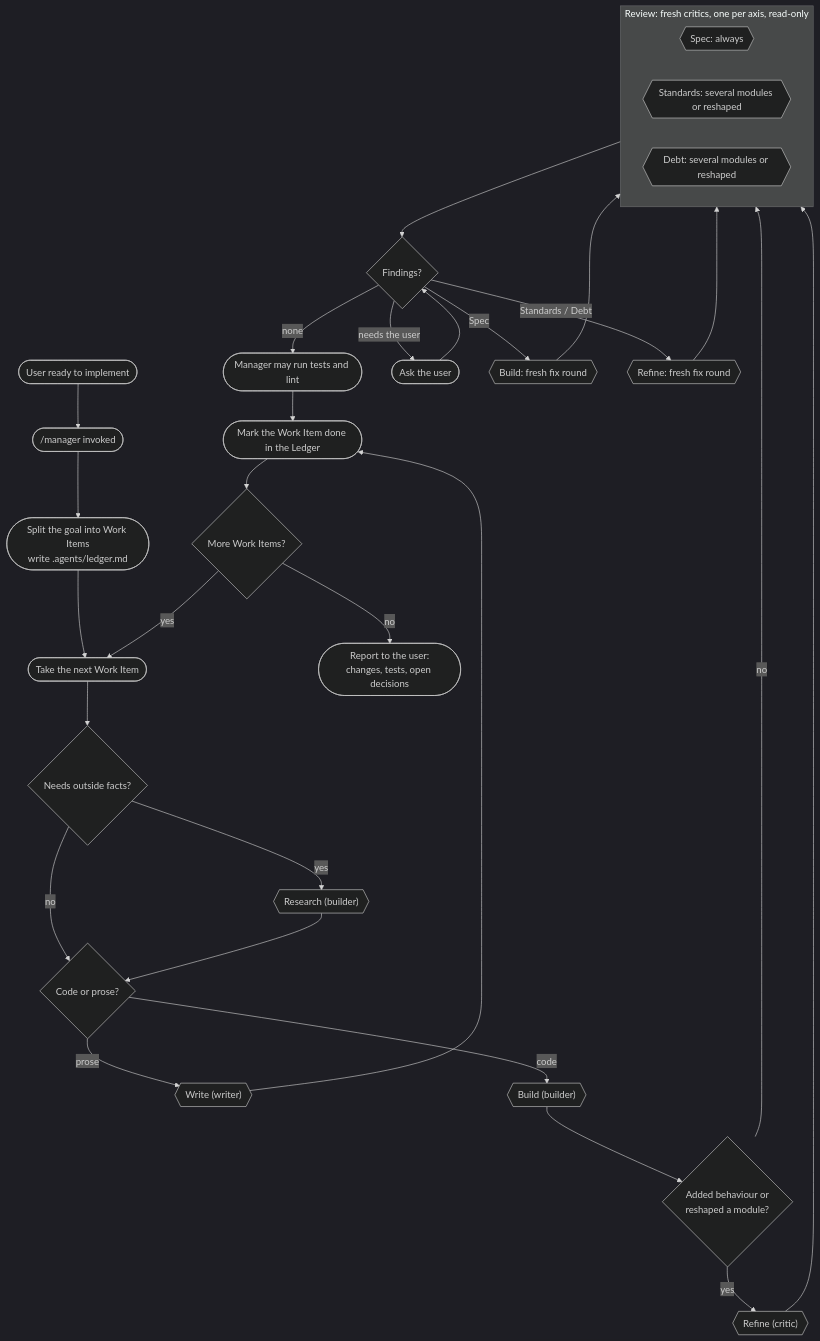
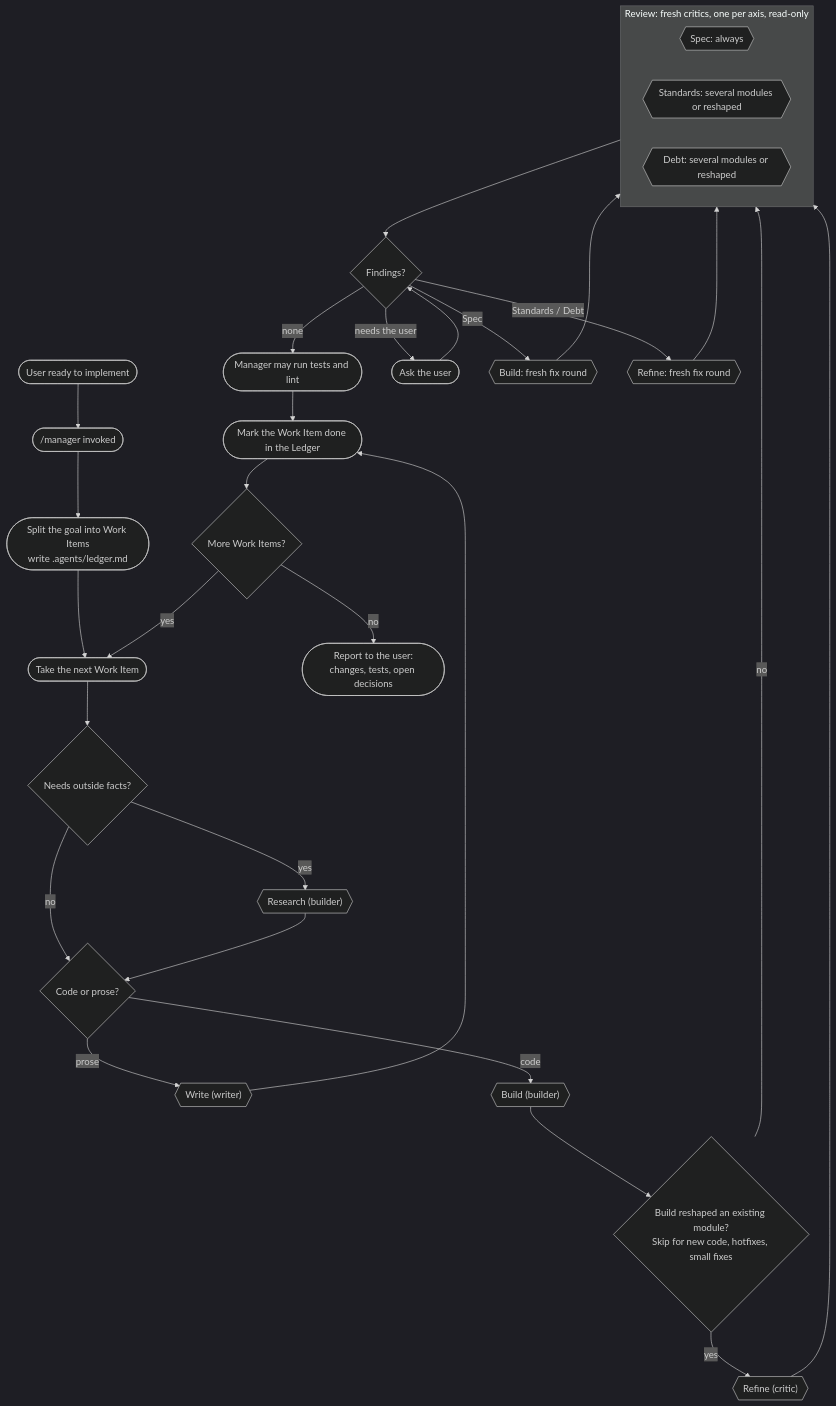
One commit to vieitesss/dotfiles changed the first of 2 diagrams in docs/workflow.md. Above: the diagram before and after it, drawn with Mermaid (dark theme). The commit also changed other lines of this file, not shown here.

Commit message:
docs(workflow): Refine triggers on Build reshaping an existing module

````diff
--- a/docs/workflow.md
+++ b/docs/workflow.md
@@ -15,37 +15,37 @@
 ```mermaid
 flowchart TD
     req([User ready to implement]) --> mgr(["/manager invoked"])
     mgr --> split(["Split the goal into Work Items<br/>write .agents/ledger.md"])
     split --> next(["Take the next Work Item"])
     next --> facts{"Needs outside facts?"}
     facts -- yes --> research{{"Research (builder)"}}
     facts -- no --> kind{"Code or prose?"}
     research --> kind
     kind -- prose --> write{{"Write (writer)"}}
     write --> done
     kind -- code --> build{{"Build (builder)"}}
-    build --> refinep{"Added behaviour or<br/>reshaped a module?"}
+    build --> refinep{"Build reshaped an existing module?<br/>Skip for new code, hotfixes, small fixes"}
     refinep -- yes --> refine{{"Refine (critic)"}}
     refinep -- no --> review
     refine --> review
 
     subgraph review [Review: fresh critics, one per axis, read-only]
         spec{{"Spec: always"}}
         standards{{"Standards: several modules or reshaped"}}
         debt{{"Debt: several modules or reshaped"}}
     end
 
     review --> findings{"Findings?"}
     findings -- none --> prove(["Manager may run tests and lint"])
     prove --> done
     findings -- "needs the user" --> ask(["Ask the user"])
     ask --> findings
     findings -- Spec --> fixbuild{{"Build: fresh fix round"}}
     findings -- "Standards / Debt" --> fixrefine{{"Refine: fresh fix round"}}
     fixbuild --> review
     fixrefine --> review
 
     done(["Mark the Work Item done in the Ledger"]) --> more{"More Work Items?"}
     more -- yes --> next
     more -- no --> report(["Report to the user:<br/>changes, tests, open decisions"])
 ```
````
